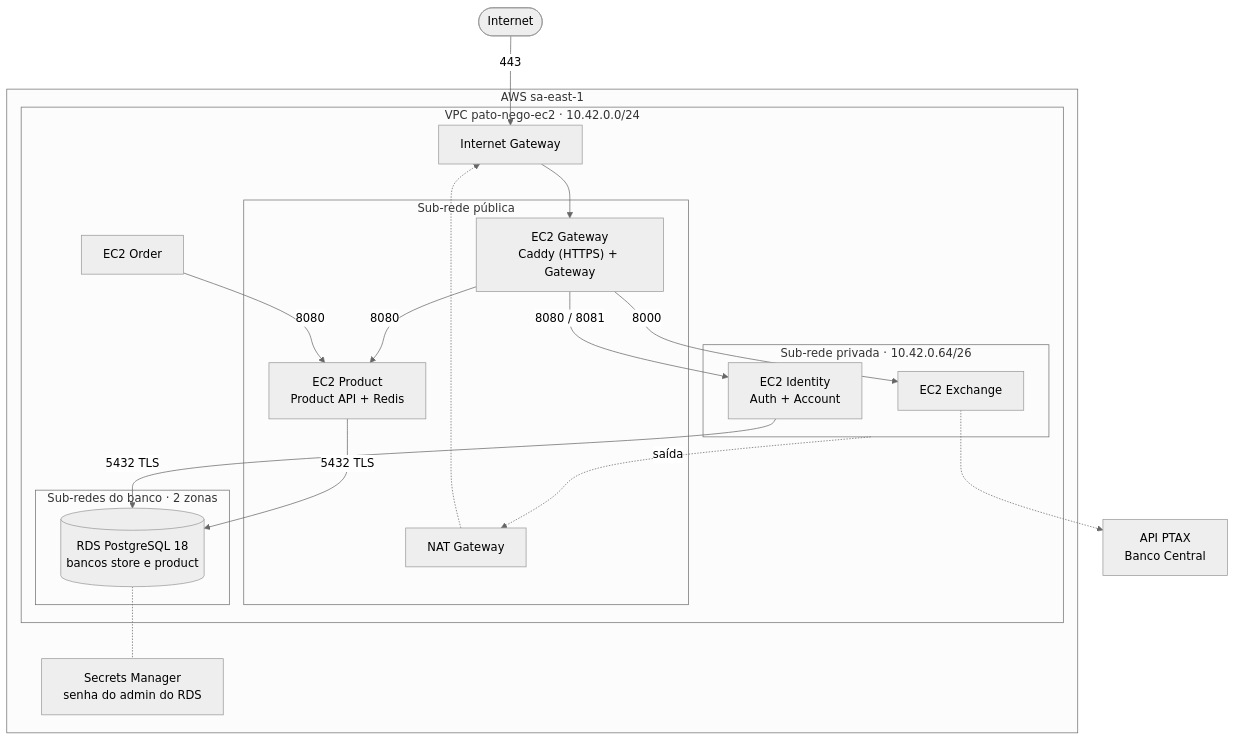
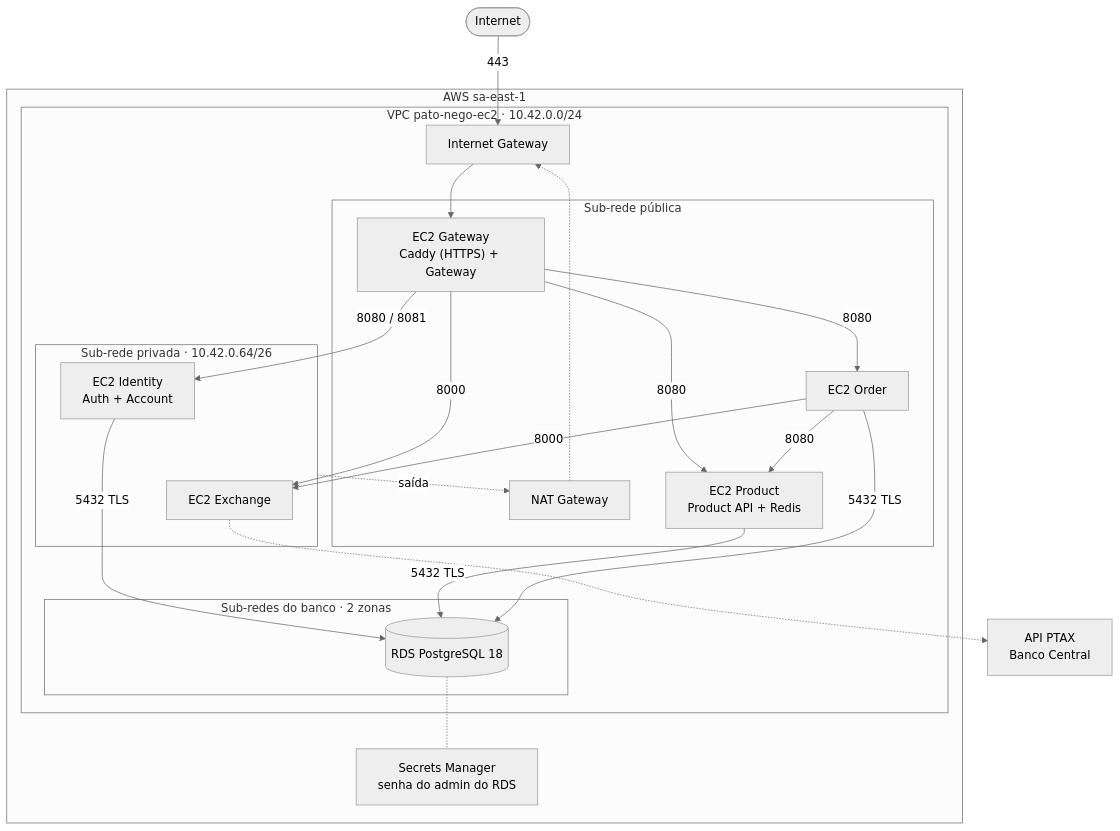
One commit to pato-nego/.github changed the third of 5 diagrams in profile/README.md. Above: the diagram before and after it, drawn with Mermaid (neutral theme). The commit also changed other lines of this file, not shown here.

````diff
--- a/profile/README.md
+++ b/profile/README.md
@@ -109,40 +126,42 @@
 ```mermaid
 flowchart TB
     internet(["Internet"])
     bacen["API PTAX<br/>Banco Central"]
 
     subgraph region["AWS sa-east-1"]
         subgraph vpc["VPC pato-nego-ec2 · 10.42.0.0/24"]
             igw["Internet Gateway"]
 
             subgraph public["Sub-rede pública"]
                 gw["EC2 Gateway<br/>Caddy (HTTPS) + Gateway"]
                 nat["NAT Gateway"]
                 prod["EC2 Product<br/>Product API + Redis"]
+                ord["EC2 Order"]
             end
 
             subgraph private["Sub-rede privada · 10.42.0.64/26"]
                 ident["EC2 Identity<br/>Auth + Account"]
                 exch["EC2 Exchange"]
             end
 
-            ord["EC2 Order"]
-
             subgraph data["Sub-redes do banco · 2 zonas"]
-                rds[("RDS PostgreSQL 18<br/>bancos store e product")]
+                rds[("RDS PostgreSQL 18")]
             end
         end
         secrets["Secrets Manager<br/>senha do admin do RDS"]
     end
 
     internet -->|"443"| igw --> gw
     gw -->|"8080 / 8081"| ident
     gw -->|"8000"| exch
     gw -->|"8080"| prod
+    gw -->|"8080"| ord
     ord -->|"8080"| prod
+    ord -->|"8000"| exch
     ident -->|"5432 TLS"| rds
     prod -->|"5432 TLS"| rds
+    ord -->|"5432 TLS"| rds
     private -.->|"saída"| nat -.-> igw
     exch -.-> bacen
     rds -.- secrets
 ```
````
